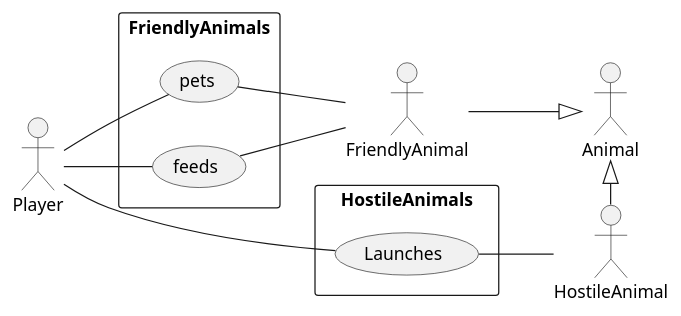
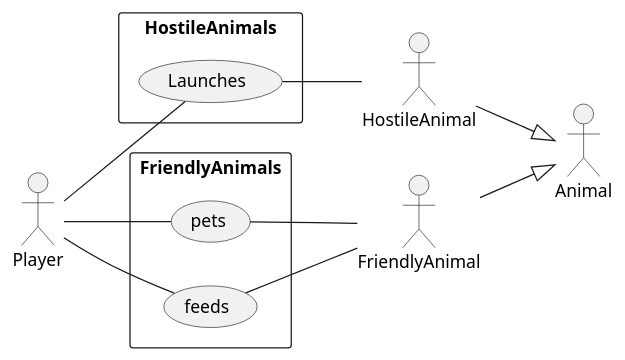
Before and after one commit to mjesper90/CSharp: the diagram in 9_Assignment/Usecase.puml, drawn with PlantUML. The commit also changed 8 other files, not shown here.

```diff
--- a/9_Assignment/Usecase.puml
+++ b/9_Assignment/Usecase.puml
@@ -1,22 +1,22 @@
 @startuml
 left to right direction
 skinparam packageStyle rectangle
 actor Player
 actor Animal
 actor HostileAnimal 
 actor FriendlyAnimal 
 
 rectangle HostileAnimals {
   Player -- (Launches)  
   (Launches) -- HostileAnimal
 }
 rectangle FriendlyAnimals {
   Player -- (pets)
   Player -- (feeds)
   (feeds) -- FriendlyAnimal
   (pets) -- FriendlyAnimal
 }
 
-HostileAnimal -left-|> Animal
+HostileAnimal --|> Animal
 FriendlyAnimal --|> Animal
 @enduml
```
